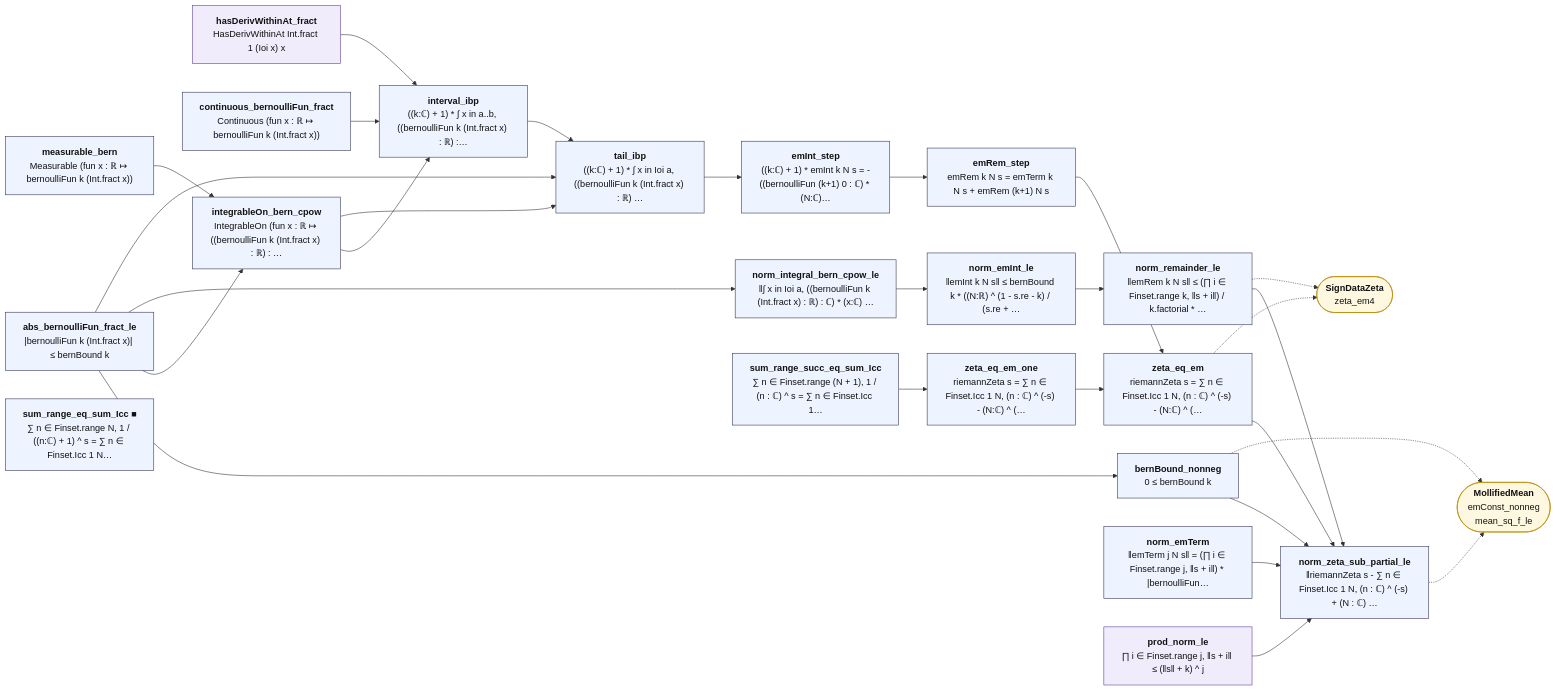
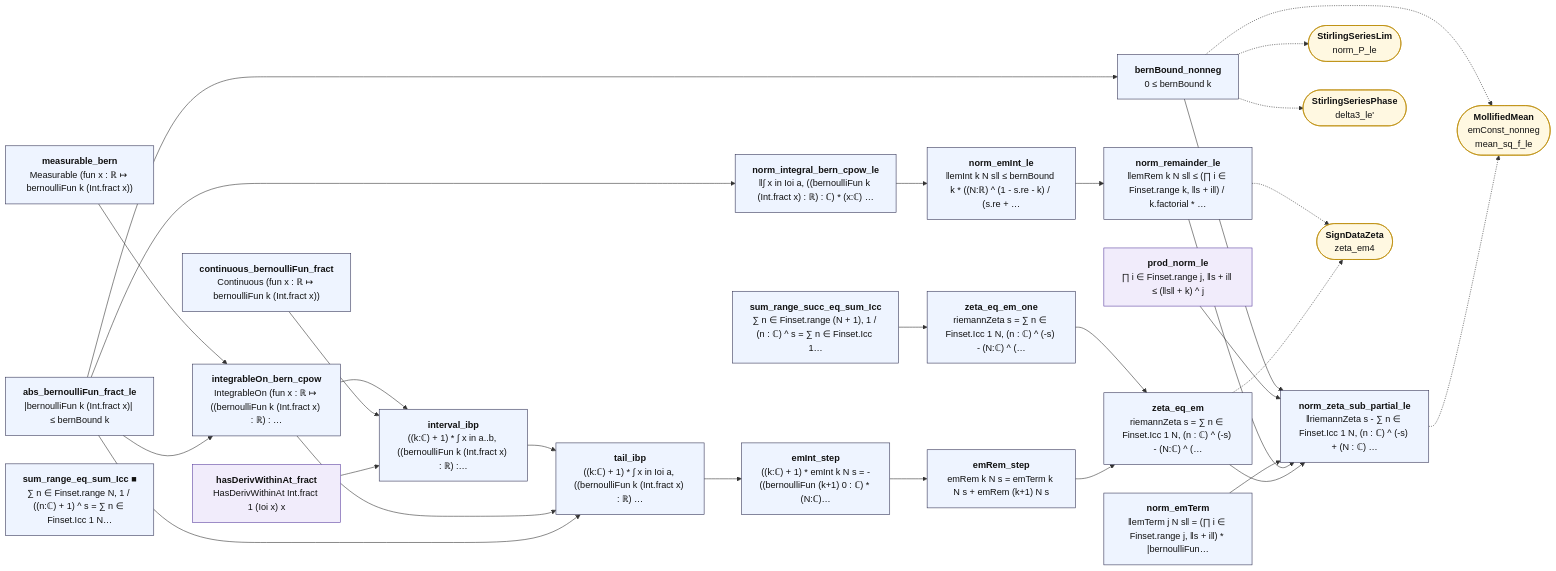
One commit to juliansambranojr/Primebeat_081426 changed the diagram in map/lean_stage3/ZetaEM.md. Above: the diagram before and after it, drawn with Mermaid. The commit also changed other lines of this file and 63 other files, not shown here.

````diff
--- a/map/lean_stage3/ZetaEM.md
+++ b/map/lean_stage3/ZetaEM.md
@@ -12,59 +12,63 @@
 ```mermaid
 flowchart LR
   n0["<b>hasDerivWithinAt_fract</b><br/>HasDerivWithinAt Int.fract 1 (Ioi x) x"]:::shp
   n1["<b>continuous_bernoulliFun_fract</b><br/>Continuous (fun x : ℝ ↦ bernoulliFun k (Int.fract x))"]:::thm
   n2["<b>abs_bernoulliFun_fract_le</b><br/>|bernoulliFun k (Int.fract x)| ≤ bernBound k"]:::thm
   n3["<b>bernBound_nonneg</b><br/>0 ≤ bernBound k"]:::thm
   n4["<b>measurable_bern</b><br/>Measurable (fun x : ℝ ↦ bernoulliFun k (Int.fract x))"]:::thm
   n5["<b>integrableOn_bern_cpow</b><br/>IntegrableOn (fun x : ℝ ↦ ((bernoulliFun k (Int.fract x) : ℝ) : …"]:::thm
   n6["<b>norm_integral_bern_cpow_le</b><br/>‖∫ x in Ioi a, ((bernoulliFun k (Int.fract x) : ℝ) : ℂ) * (x:ℂ) …"]:::thm
   n7["<b>interval_ibp</b><br/>((k:ℂ) + 1) * ∫ x in a..b, ((bernoulliFun k (Int.fract x) : ℝ) :…"]:::thm
   n8["<b>tail_ibp</b><br/>((k:ℂ) + 1) * ∫ x in Ioi a, ((bernoulliFun k (Int.fract x) : ℝ) …"]:::thm
   n9["<b>emInt_step</b><br/>((k:ℂ) + 1) * emInt k N s = -((bernoulliFun (k+1) 0 : ℂ) * (N:ℂ)…"]:::thm
   n10["<b>emRem_step</b><br/>emRem k N s = emTerm k N s + emRem (k+1) N s"]:::thm
   n11["<b>sum_range_succ_eq_sum_Icc</b><br/>∑ n ∈ Finset.range (N + 1), 1 / (n : ℂ) ^ s = ∑ n ∈ Finset.Icc 1…"]:::thm
   n12["<b>sum_range_eq_sum_Icc ■</b><br/>∑ n ∈ Finset.range N, 1 / ((n:ℂ) + 1) ^ s = ∑ n ∈ Finset.Icc 1 N…"]:::thm
   n13["<b>zeta_eq_em_one</b><br/>riemannZeta s = ∑ n ∈ Finset.Icc 1 N, (n : ℂ) ^ (-s) - (N:ℂ) ^ (…"]:::thm
   n14["<b>zeta_eq_em</b><br/>riemannZeta s = ∑ n ∈ Finset.Icc 1 N, (n : ℂ) ^ (-s) - (N:ℂ) ^ (…"]:::thm
   n15["<b>norm_emInt_le</b><br/>‖emInt k N s‖ ≤ bernBound k * ((N:ℝ) ^ (1 - s.re - k) / (s.re + …"]:::thm
   n16["<b>norm_remainder_le</b><br/>‖emRem k N s‖ ≤ (∏ i ∈ Finset.range k, ‖s + i‖) / k.factorial * …"]:::thm
   n17["<b>norm_emTerm</b><br/>‖emTerm j N s‖ = (∏ i ∈ Finset.range j, ‖s + i‖) * |bernoulliFun…"]:::thm
   n18["<b>prod_norm_le</b><br/>∏ i ∈ Finset.range j, ‖s + i‖ ≤ (‖s‖ + k) ^ j"]:::shp
   n19["<b>norm_zeta_sub_partial_le</b><br/>‖riemannZeta s - ∑ n ∈ Finset.Icc 1 N, (n : ℂ) ^ (-s) + (N : ℂ) …"]:::thm
   x0(["<b>MollifiedMean</b><br/>emConst_nonneg<br/>mean_sq_f_le"]):::ext
-  x1(["<b>SignDataZeta</b><br/>zeta_em4"]):::ext
+  x1(["<b>StirlingSeriesLim</b><br/>norm_P_le"]):::ext
+  x2(["<b>StirlingSeriesPhase</b><br/>delta3_le'"]):::ext
+  x3(["<b>SignDataZeta</b><br/>zeta_em4"]):::ext
   n0 --> n7
   n1 --> n7
   n10 --> n14
   n11 --> n13
   n13 --> n14
   n14 --> n19
   n15 --> n16
   n16 --> n19
   n17 --> n19
   n18 --> n19
   n2 --> n3
   n2 --> n5
   n2 --> n6
   n2 --> n8
   n3 --> n19
   n4 --> n5
   n5 --> n7
   n5 --> n8
   n6 --> n15
   n7 --> n8
   n8 --> n9
   n9 --> n10
-  n14 -.-> x1
-  n16 -.-> x1
+  n14 -.-> x3
+  n16 -.-> x3
   n19 -.-> x0
   n3 -.-> x0
+  n3 -.-> x1
+  n3 -.-> x2
   classDef cnt fill:#dff5ec,stroke:#17694a,color:#111
   classDef shp fill:#f1ecfb,stroke:#5b3fa0,color:#111
   classDef rh fill:#ffe5e5,stroke:#c22,color:#111,stroke-width:2px
   classDef thm fill:#eef4ff,stroke:#335,color:#111
   classDef end_ fill:#e7f7e7,stroke:#2a7,color:#111,stroke-width:2px
   classDef lone fill:#fff,stroke:#999,color:#111,stroke-dasharray:4 3
   classDef bad fill:#ffe5e5,stroke:#c22,color:#111,stroke-width:2px
   classDef ext fill:#fff8e1,stroke:#b80,color:#111
 ```
````
